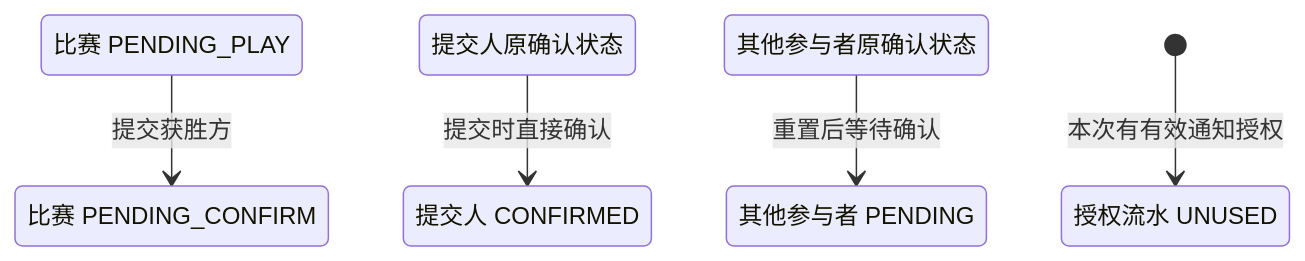
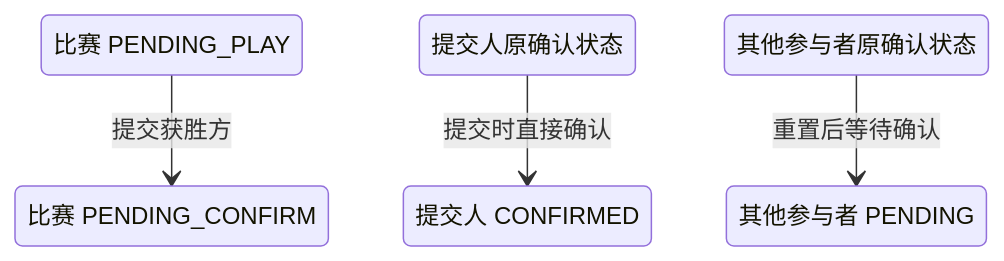
One commit to chxt100016/Rally changed the diagram in blueprint/product/tournament/result-submit.md. Above: the diagram before and after it, drawn with Mermaid. The commit also changed other lines of this file and 170 other files, not shown here.

````diff
--- a/blueprint/product/tournament/result-submit.md
+++ b/blueprint/product/tournament/result-submit.md
@@ -45,15 +45,13 @@
 ```mermaid
 stateDiagram-v2
     state "比赛 PENDING_PLAY" as MATCH_PENDING_PLAY
     state "比赛 PENDING_CONFIRM" as MATCH_PENDING_CONFIRM
     state "提交人原确认状态" as SUBMITTER_PREVIOUS
     state "提交人 CONFIRMED" as SUBMITTER_CONFIRMED
     state "其他参与者原确认状态" as OTHERS_PREVIOUS
     state "其他参与者 PENDING" as OTHERS_PENDING
-    state "授权流水 UNUSED" as NOTICE_UNUSED
 
     MATCH_PENDING_PLAY --> MATCH_PENDING_CONFIRM : 提交获胜方
     SUBMITTER_PREVIOUS --> SUBMITTER_CONFIRMED : 提交时直接确认
     OTHERS_PREVIOUS --> OTHERS_PENDING : 重置后等待确认
-    [*] --> NOTICE_UNUSED : 本次有有效通知授权
 ```
````
